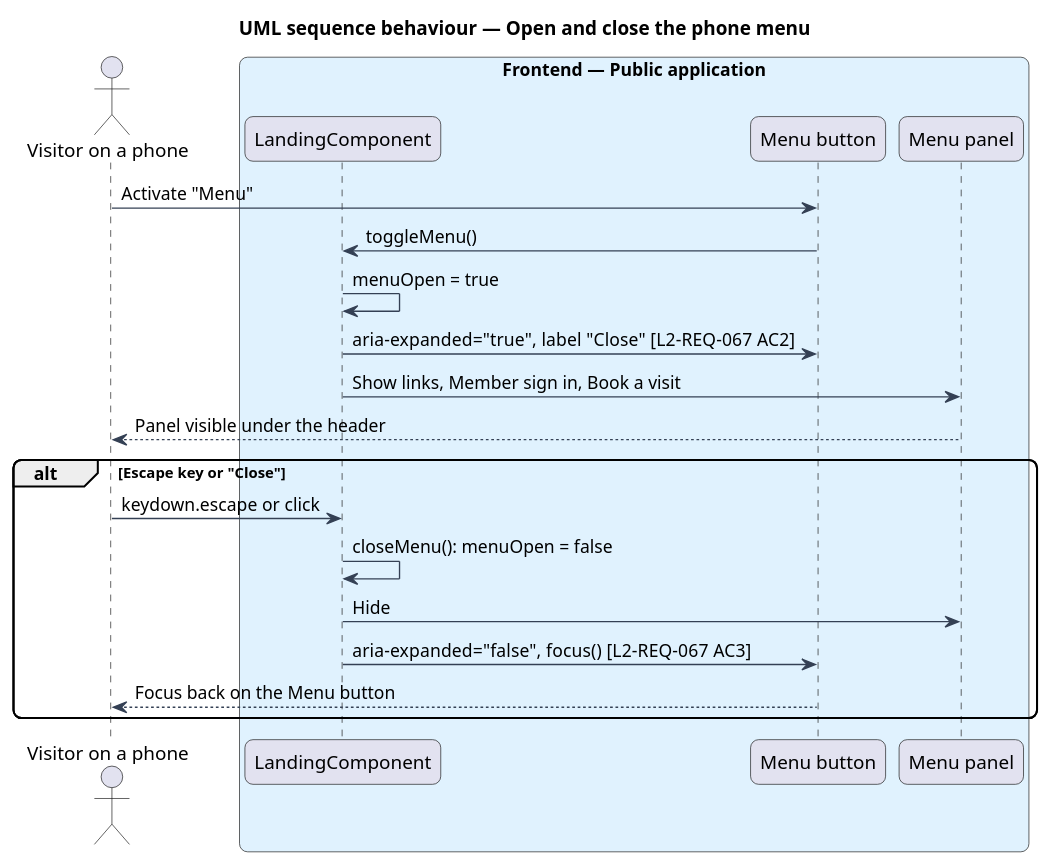
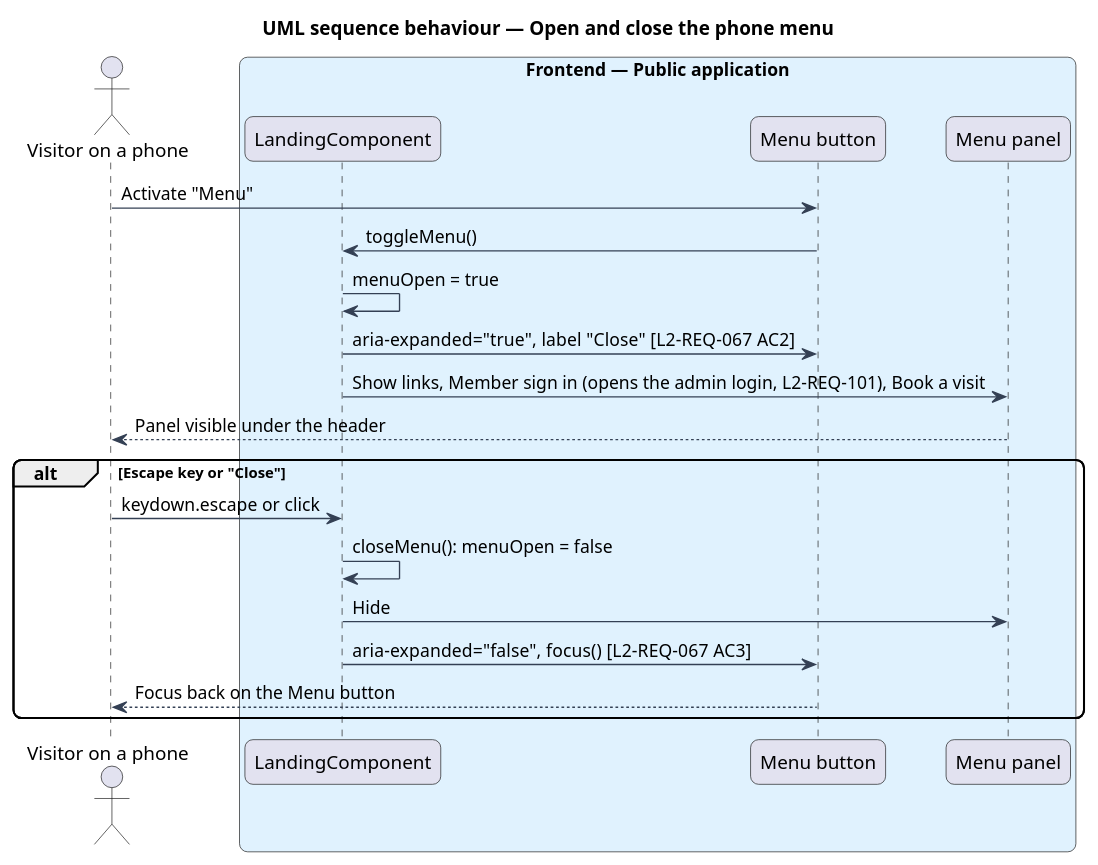
One commit to QuinntyneBrown/Coop changed the diagram in docs/detailed-designs/public-app/show-home-page/diagrams/sequence-open-menu.puml. Above: the diagram before and after it, drawn with PlantUML. The commit also changed 17 other files, not shown here.

```diff
--- a/docs/detailed-designs/public-app/show-home-page/diagrams/sequence-open-menu.puml
+++ b/docs/detailed-designs/public-app/show-home-page/diagrams/sequence-open-menu.puml
@@ -1,27 +1,27 @@
 @startuml
 title UML sequence behaviour — Open and close the phone menu
 skinparam backgroundColor #FFFFFF
 skinparam shadowing false
 skinparam roundcorner 12
 skinparam defaultFontName Arial
 skinparam ArrowColor #344054
 actor "Visitor on a phone" as actor
 box "Frontend — Public application" #E0F2FE
   participant "LandingComponent" as page
   participant "Menu button" as button
   participant "Menu panel" as panel
 end box
 actor -> button : Activate "Menu"
 button -> page : toggleMenu()
 page -> page : menuOpen = true
 page -> button : aria-expanded="true", label "Close"  [L2-REQ-067 AC2]
-page -> panel : Show links, Member sign in, Book a visit
+page -> panel : Show links, Member sign in (opens the admin login, L2-REQ-101), Book a visit
 panel --> actor : Panel visible under the header
 alt Escape key or "Close"
   actor -> page : keydown.escape or click
   page -> page : closeMenu(): menuOpen = false
   page -> panel : Hide
   page -> button : aria-expanded="false", focus()  [L2-REQ-067 AC3]
   button --> actor : Focus back on the Menu button
 end
 @enduml
```
